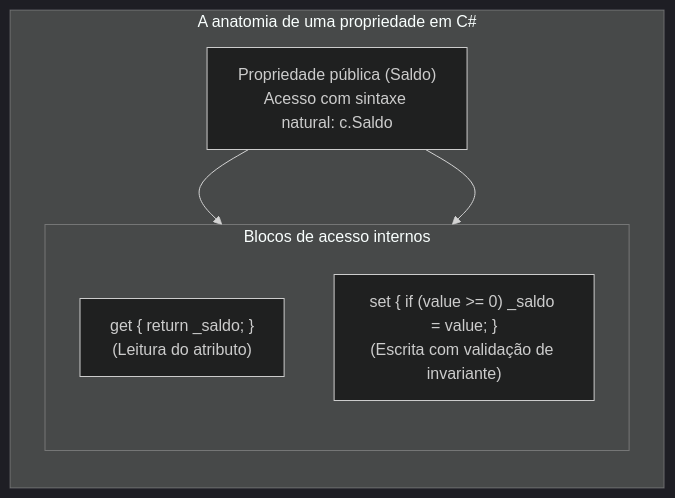
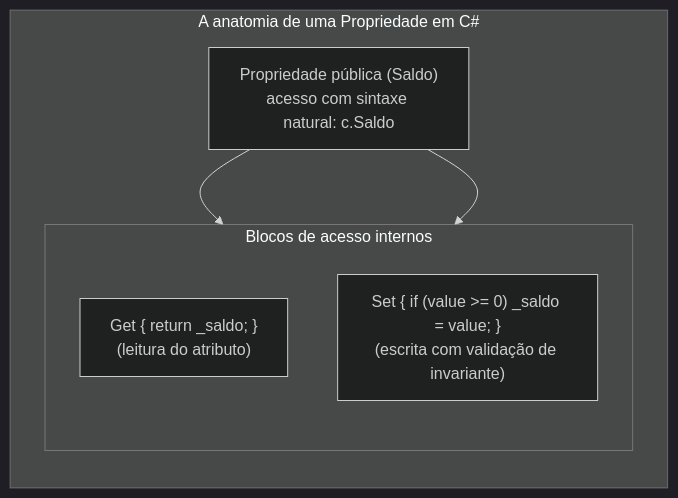
One commit to leorruas/puc changed the sixth of 7 diagrams in 01. Programacao Modular/09. Atributos estáticos e propriedades (compartilhamento de estado e encapsulamento).md. Above: the diagram before and after it, drawn with Mermaid (dark theme). The commit also changed other lines of this file and 10 other files, not shown here.

````diff
--- a/01. Programacao Modular/09. Atributos estáticos e propriedades (compartilhamento de estado e encapsulamento).md
+++ b/01. Programacao Modular/09. Atributos estáticos e propriedades (compartilhamento de estado e encapsulamento).md
@@ -151,16 +521,16 @@
 ```mermaid
 flowchart TD
-    subgraph Encapsulamento ["A anatomia de uma propriedade em C#"]
+    subgraph Encapsulamento ["A anatomia de uma Propriedade em C#"]
         direction TB
-        Prop["Propriedade pública (Saldo)<br>Acesso com sintaxe natural: c.Saldo"]
-        
+        Prop["Propriedade pública (Saldo)<br>acesso com sintaxe natural: c.Saldo"]
+
         subgraph Acessores ["Blocos de acesso internos"]
             direction TB
-            GetBlock["get { return _saldo; }<br>(Leitura do atributo)"]
-            SetBlock["set { if (value >= 0) _saldo = value; }<br>(Escrita com validação de invariante)"]
+            GetBlock["Get { return _saldo; }<br>(leitura do atributo)"]
+            SetBlock["Set { if (value >= 0) _saldo = value; }<br>(escrita com validação de invariante)"]
         end
 
         Prop --> GetBlock
         Prop --> SetBlock
     end
 ```
````
